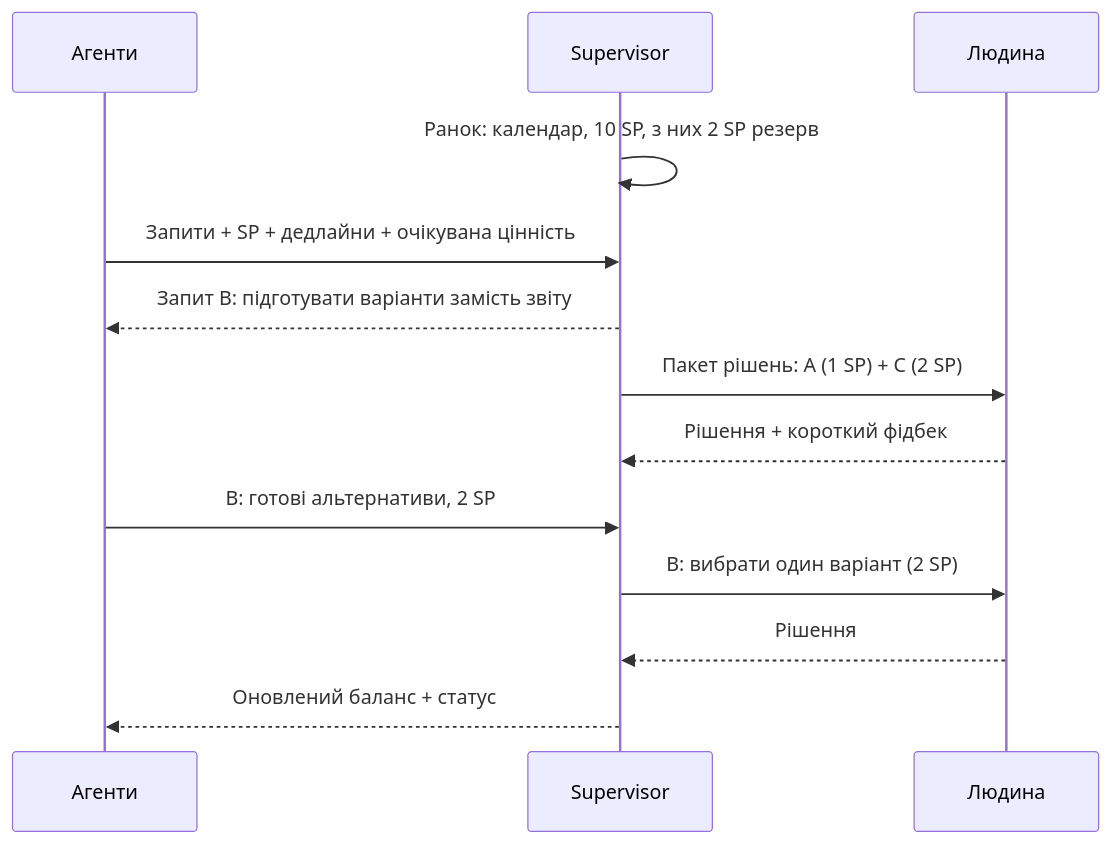
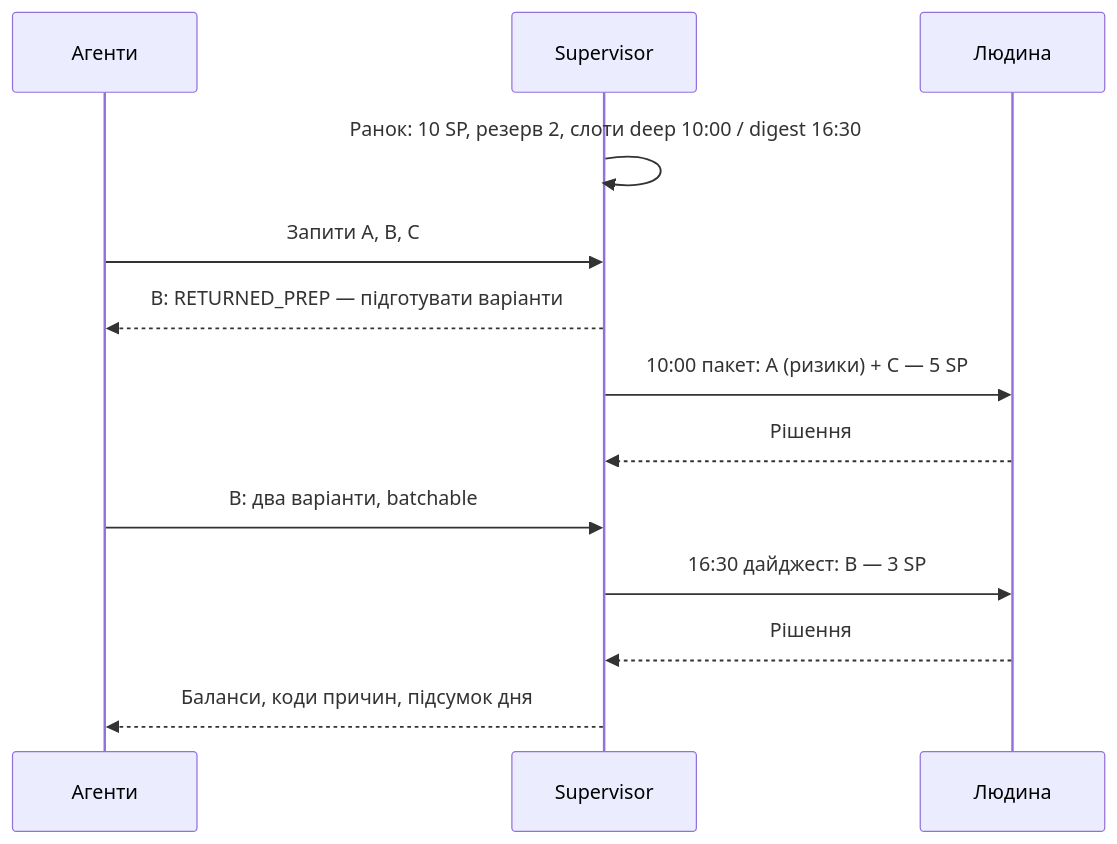
One commit to golovkomaksympol-cmd/Agent-game changed the third of 3 diagrams in docs/agent_attention_game_concept_ua.md. Above: the diagram before and after it, drawn with Mermaid. The commit also changed other lines of this file and 3 other files, not shown here.

````diff
--- a/docs/agent_attention_game_concept_ua.md
+++ b/docs/agent_attention_game_concept_ua.md
@@ -198,15 +299,15 @@
 ```mermaid
 sequenceDiagram
     participant A as Агенти
     participant S as Supervisor
     participant H as Людина
-    S->>S: Ранок: календар, 10 SP, з них 2 SP резерв
-    A->>S: Запити + SP + дедлайни + очікувана цінність
-    S-->>A: Запит B: підготувати варіанти замість звіту
-    S->>H: Пакет рішень: A (1 SP) + C (2 SP)
-    H-->>S: Рішення + короткий фідбек
-    A->>S: B: готові альтернативи, 2 SP
-    S->>H: B: вибрати один варіант (2 SP)
+    S->>S: Ранок: 10 SP, резерв 2, слоти deep 10:00 / digest 16:30
+    A->>S: Запити A, B, C
+    S-->>A: B: RETURNED_PREP — підготувати варіанти
+    S->>H: 10:00 пакет: A (ризики) + C — 5 SP
     H-->>S: Рішення
-    S-->>A: Оновлений баланс + статус
+    A->>S: B: два варіанти, batchable
+    S->>H: 16:30 дайджест: B — 3 SP
+    H-->>S: Рішення
+    S-->>A: Баланси, коди причин, підсумок дня
 ```
````
